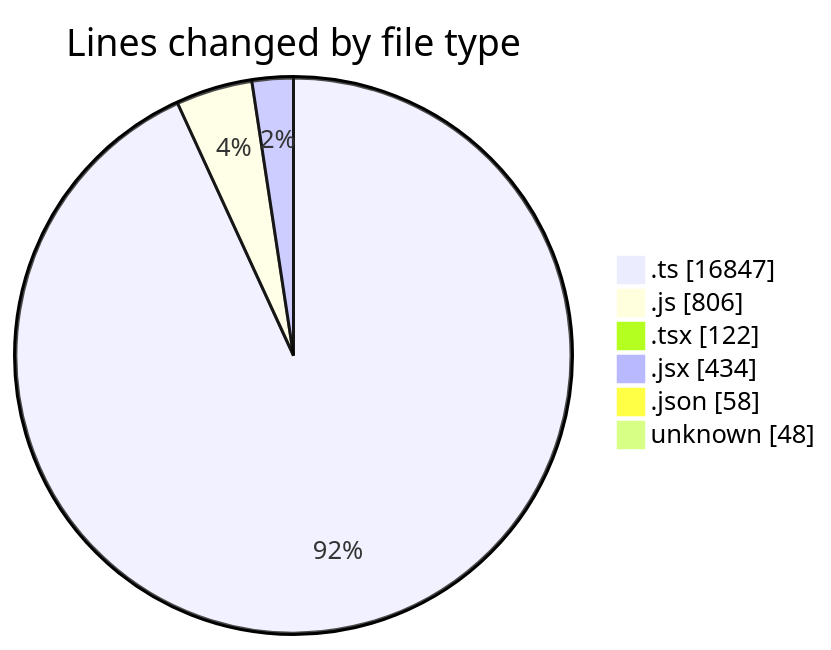
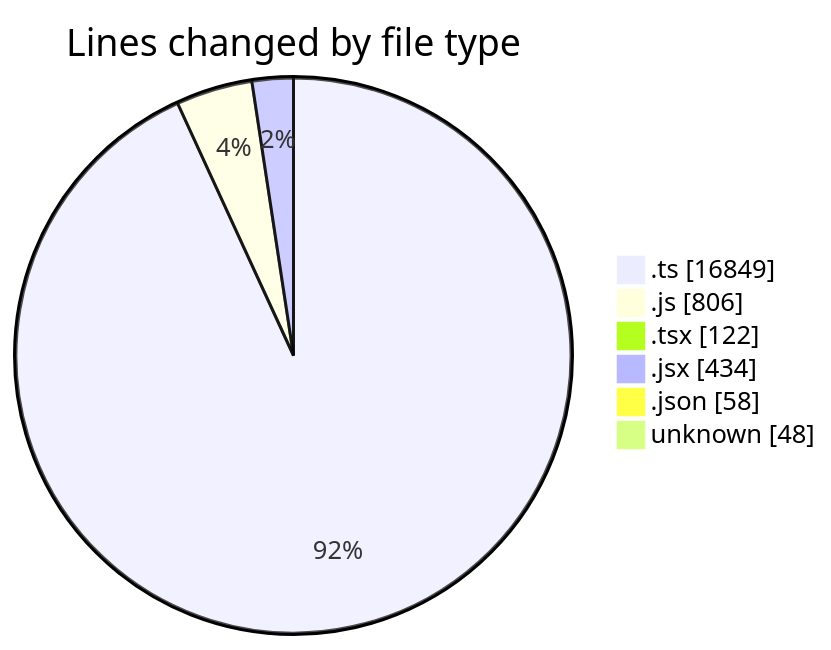
One commit to momahboobian/code-tracking changed the first of 2 diagrams in 2025-11-12/cda/README.md. Above: the diagram before and after it, drawn with Mermaid. The commit also changed other lines of this file and 1 other file, not shown here.

````diff
--- a/2025-11-12/cda/README.md
+++ b/2025-11-12/cda/README.md
@@ -35,10 +35,10 @@
 ```mermaid
 pie showData
 title Lines changed by file type
-".ts" : 16847
+".ts" : 16849
 ".js" : 806
 ".tsx" : 122
 ".jsx" : 434
 ".json" : 58
 "unknown" : 48
 ```
````
